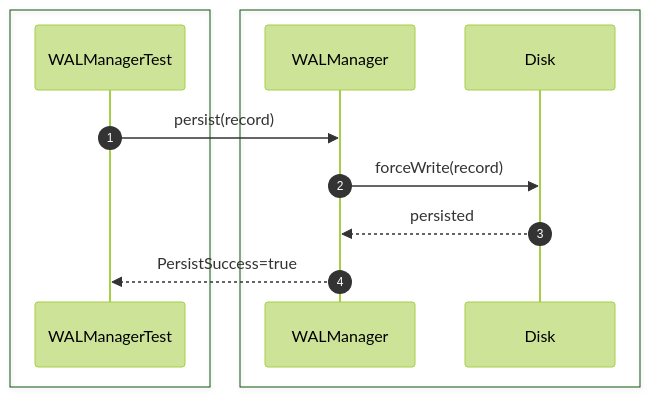
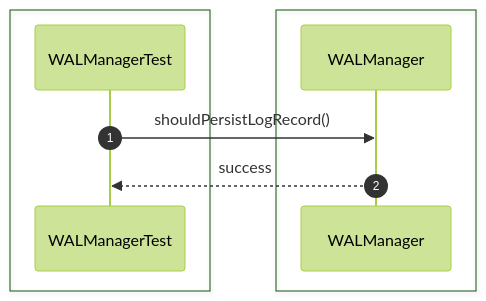
One commit to Huy1801214/dbms-architecture changed the ninth of 28 diagrams in src/sequence/recovery.md. Above: the diagram before and after it, drawn with Mermaid (forest theme). The commit also changed other lines of this file and 68 other files, not shown here.

Commit message:
implement comprehensive unit test suite and architectural sequence documentation

````diff
--- a/src/sequence/recovery.md
+++ b/src/sequence/recovery.md
@@ -146,17 +126,13 @@
 ```mermaid
 sequenceDiagram
     autonumber
-
     box #e1f5fe Test Suite
     participant Test as WALManagerTest
     end
-    box #ffebee Recovery Components
-    participant WAL as WALManager
-    participant Disk as Disk
+    box #ffebee WALManager Component
+    participant WALM as WALManager
     end
 
-    Test->>WAL: persist(record)
-    WAL->>Disk: forceWrite(record)
-    Disk-->>WAL: persisted
-    WAL-->>Test: PersistSuccess=true
+    Test->>WALM: shouldPersistLogRecord()
+    WALM-->>Test: success
 ```
````
